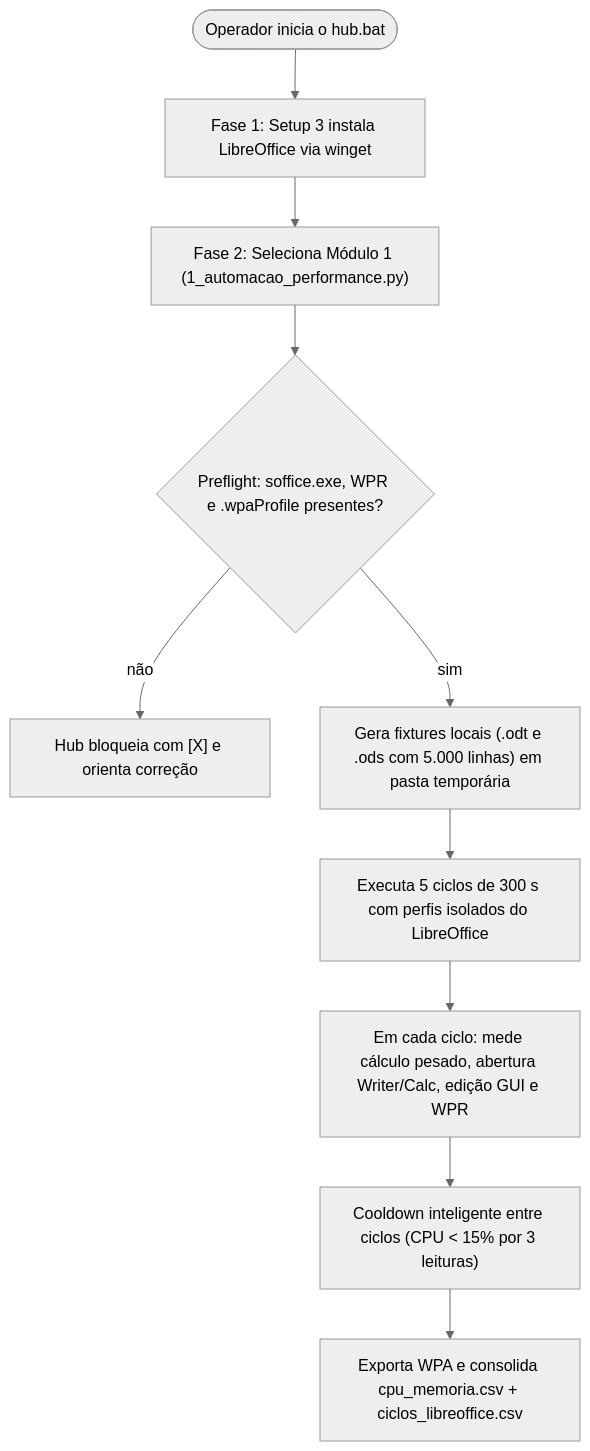
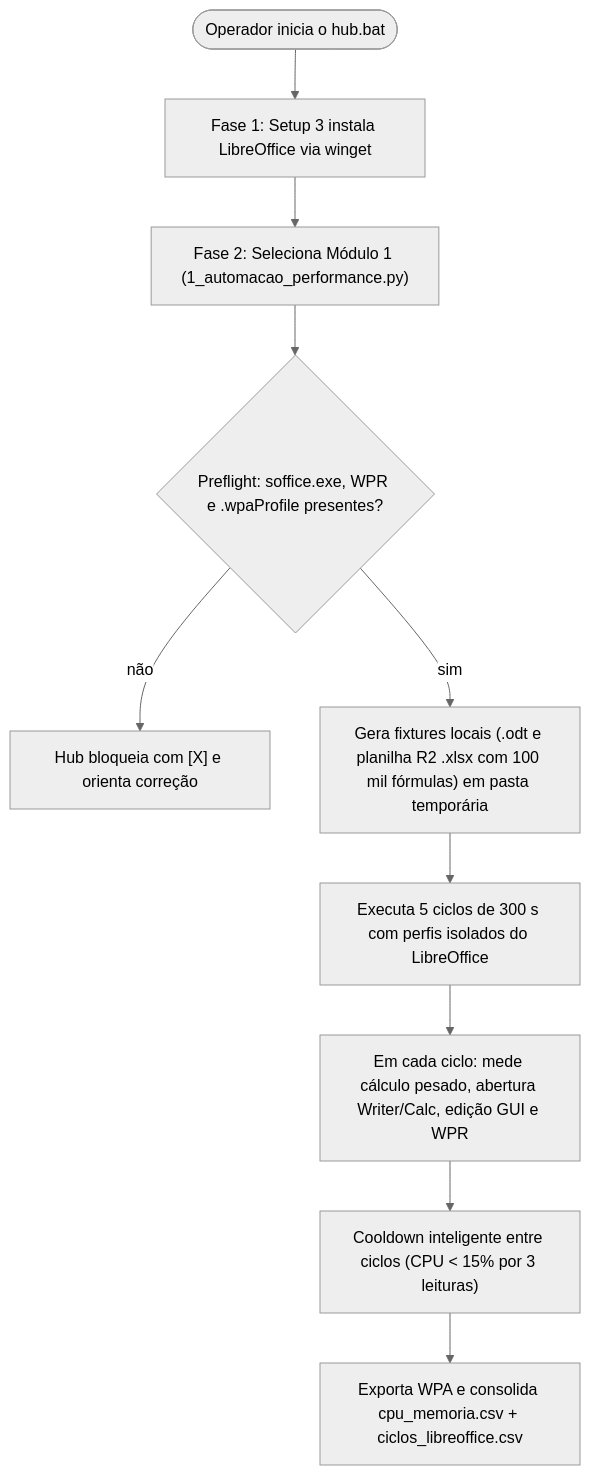
One commit to AndreRenatoMenezes/win_testehub changed the diagram in .claude/specs/current/001-cpu-memo-libreoffice/spec.md. Above: the diagram before and after it, drawn with Mermaid (neutral theme). The commit also changed other lines of this file and 5 other files, not shown here.

````diff
--- a/.claude/specs/current/001-cpu-memo-libreoffice/spec.md
+++ b/.claude/specs/current/001-cpu-memo-libreoffice/spec.md
@@ -16,12 +18,12 @@
 ```mermaid
 flowchart TD
     A([Operador inicia o hub.bat]) --> B["Fase 1: Setup 3 instala LibreOffice via winget"]
     B --> C["Fase 2: Seleciona Módulo 1 (1_automacao_performance.py)"]
     C --> D{Preflight: soffice.exe, WPR e .wpaProfile presentes?}
     D -- não --> E["Hub bloqueia com [X] e orienta correção"]
-    D -- sim --> F["Gera fixtures locais (.odt e .ods com 5.000 linhas) em pasta temporária"]
+    D -- sim --> F["Gera fixtures locais (.odt e planilha R2 .xlsx com 100 mil fórmulas) em pasta temporária"]
     F --> G["Executa 5 ciclos de 300 s com perfis isolados do LibreOffice"]
     G --> H["Em cada ciclo: mede cálculo pesado, abertura Writer/Calc, edição GUI e WPR"]
     H --> I["Cooldown inteligente entre ciclos (CPU < 15% por 3 leituras)"]
     I --> J["Exporta WPA e consolida cpu_memoria.csv + ciclos_libreoffice.csv"]
 ```
````
